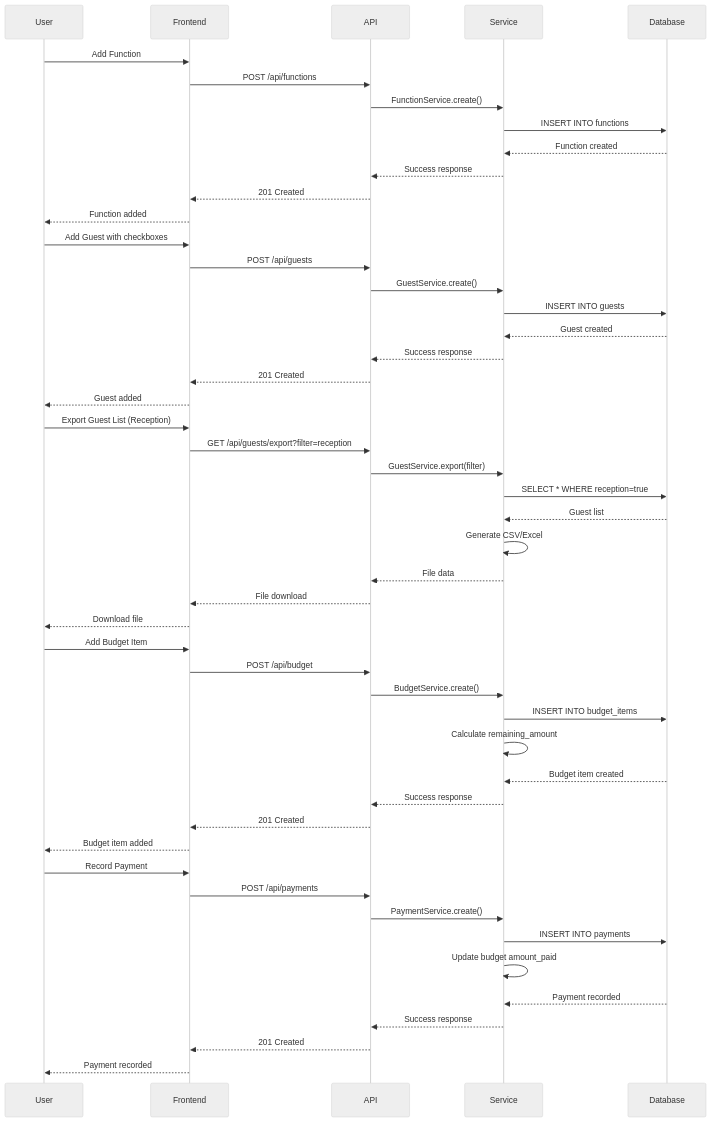
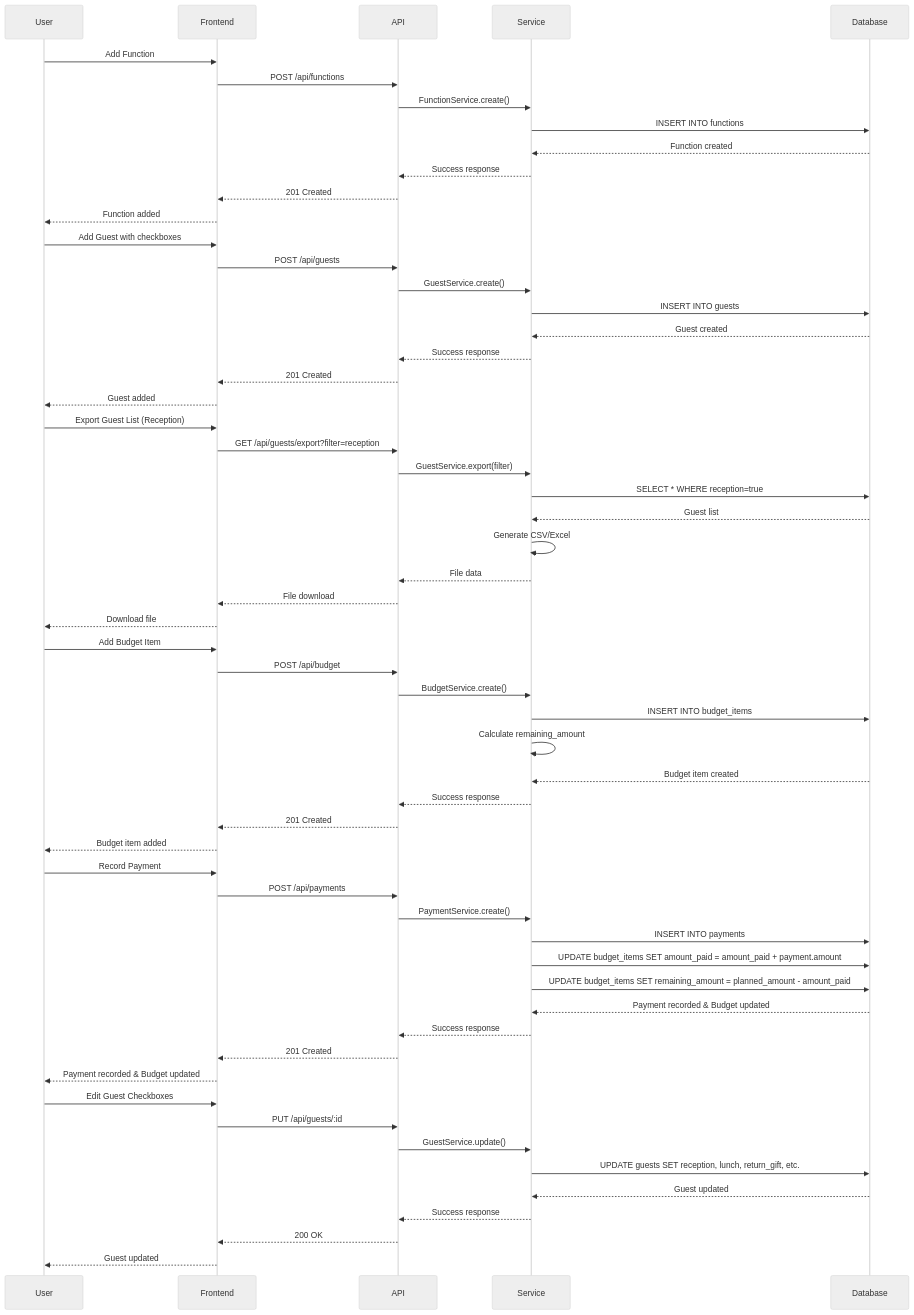
Before and after one commit to bansal6498/ShaadiApp: the fourth of 8 diagrams in ARCHITECTURE.md, drawn with Mermaid (neutral theme). The commit also changed other lines of this file and 2 other files, not shown here.

````diff
--- a/ARCHITECTURE.md
+++ b/ARCHITECTURE.md
@@ -169,56 +176,66 @@
 ```mermaid
 sequenceDiagram
     participant User
     participant Frontend
     participant API
     participant Service
     participant Database
     
     User->>Frontend: Add Function
     Frontend->>API: POST /api/functions
     API->>Service: FunctionService.create()
     Service->>Database: INSERT INTO functions
     Database-->>Service: Function created
     Service-->>API: Success response
     API-->>Frontend: 201 Created
     Frontend-->>User: Function added
     
     User->>Frontend: Add Guest with checkboxes
     Frontend->>API: POST /api/guests
     API->>Service: GuestService.create()
     Service->>Database: INSERT INTO guests
     Database-->>Service: Guest created
     Service-->>API: Success response
     API-->>Frontend: 201 Created
     Frontend-->>User: Guest added
     
     User->>Frontend: Export Guest List (Reception)
     Frontend->>API: GET /api/guests/export?filter=reception
     API->>Service: GuestService.export(filter)
     Service->>Database: SELECT * WHERE reception=true
     Database-->>Service: Guest list
     Service->>Service: Generate CSV/Excel
     Service-->>API: File data
     API-->>Frontend: File download
     Frontend-->>User: Download file
     
     User->>Frontend: Add Budget Item
     Frontend->>API: POST /api/budget
     API->>Service: BudgetService.create()
     Service->>Database: INSERT INTO budget_items
     Service->>Service: Calculate remaining_amount
     Database-->>Service: Budget item created
     Service-->>API: Success response
     API-->>Frontend: 201 Created
     Frontend-->>User: Budget item added
     
     User->>Frontend: Record Payment
     Frontend->>API: POST /api/payments
     API->>Service: PaymentService.create()
     Service->>Database: INSERT INTO payments
-    Service->>Service: Update budget amount_paid
-    Database-->>Service: Payment recorded
+    Service->>Database: UPDATE budget_items SET amount_paid = amount_paid + payment.amount
+    Service->>Database: UPDATE budget_items SET remaining_amount = planned_amount - amount_paid
+    Database-->>Service: Payment recorded & Budget updated
     Service-->>API: Success response
     API-->>Frontend: 201 Created
-    Frontend-->>User: Payment recorded
+    Frontend-->>User: Payment recorded & Budget updated
+    
+    User->>Frontend: Edit Guest Checkboxes
+    Frontend->>API: PUT /api/guests/:id
+    API->>Service: GuestService.update()
+    Service->>Database: UPDATE guests SET reception, lunch, return_gift, etc.
+    Database-->>Service: Guest updated
+    Service-->>API: Success response
+    API-->>Frontend: 200 OK
+    Frontend-->>User: Guest updated
 ```
````
